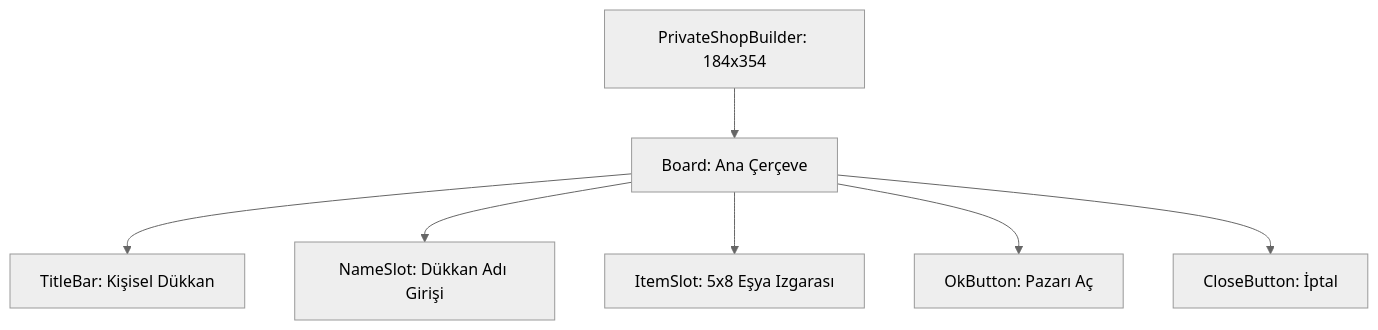
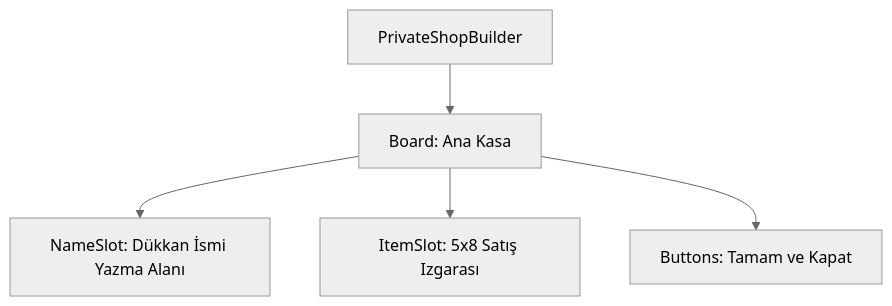
Before and after one commit to Engin622/Metin2-Pack-Agent-Skills: the diagram in uiscript/privateshopbuilder/skills.md, drawn with Mermaid (neutral theme). The commit also changed other lines of this file and 4 other files, not shown here.

Commit message:
Documentation update: Belt Inventory, Equipment View, Fishing Game, Game HUD, and Private Shop Builder

````diff
--- a/uiscript/privateshopbuilder/skills.md
+++ b/uiscript/privateshopbuilder/skills.md
@@ -37,9 +35,7 @@
 ```mermaid
 graph TD
-    A[PrivateShopBuilder: 184x354] --> B[Board: Ana Çerçeve]
-    B --> C[TitleBar: Kişisel Dükkan]
-    B --> D[NameSlot: Dükkan Adı Girişi]
-    B --> E[ItemSlot: 5x8 Eşya Izgarası]
-    B --> F[OkButton: Pazarı Aç]
-    B --> G[CloseButton: İptal]
+    A[PrivateShopBuilder] --> B[Board: Ana Kasa]
+    B --> C[NameSlot: Dükkan İsmi Yazma Alanı]
+    B --> D[ItemSlot: 5x8 Satış Izgarası]
+    B --> E[Buttons: Tamam ve Kapat]
 ```
````
